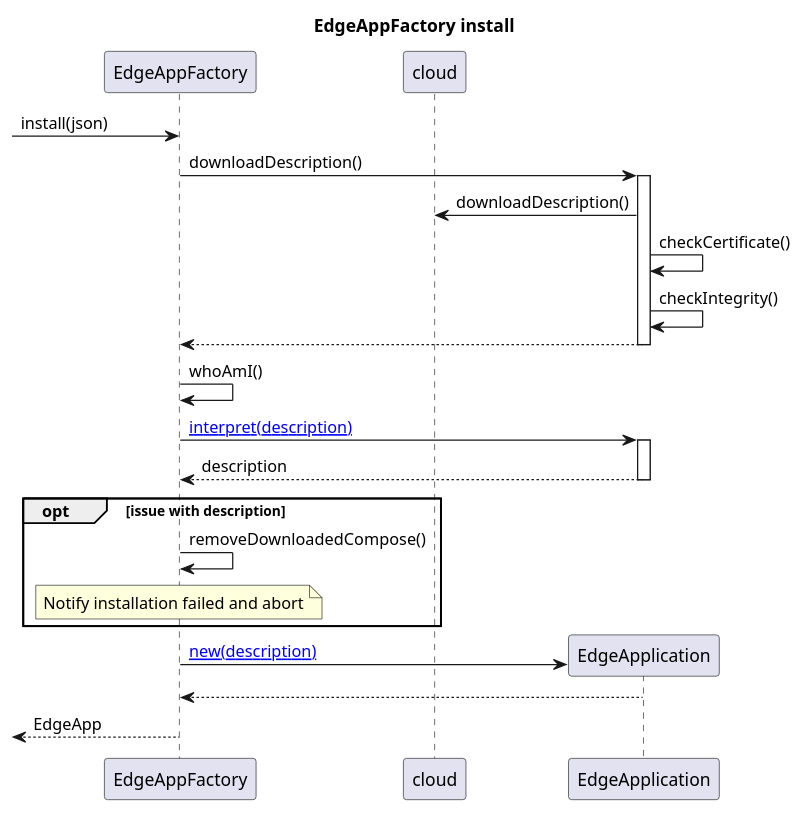
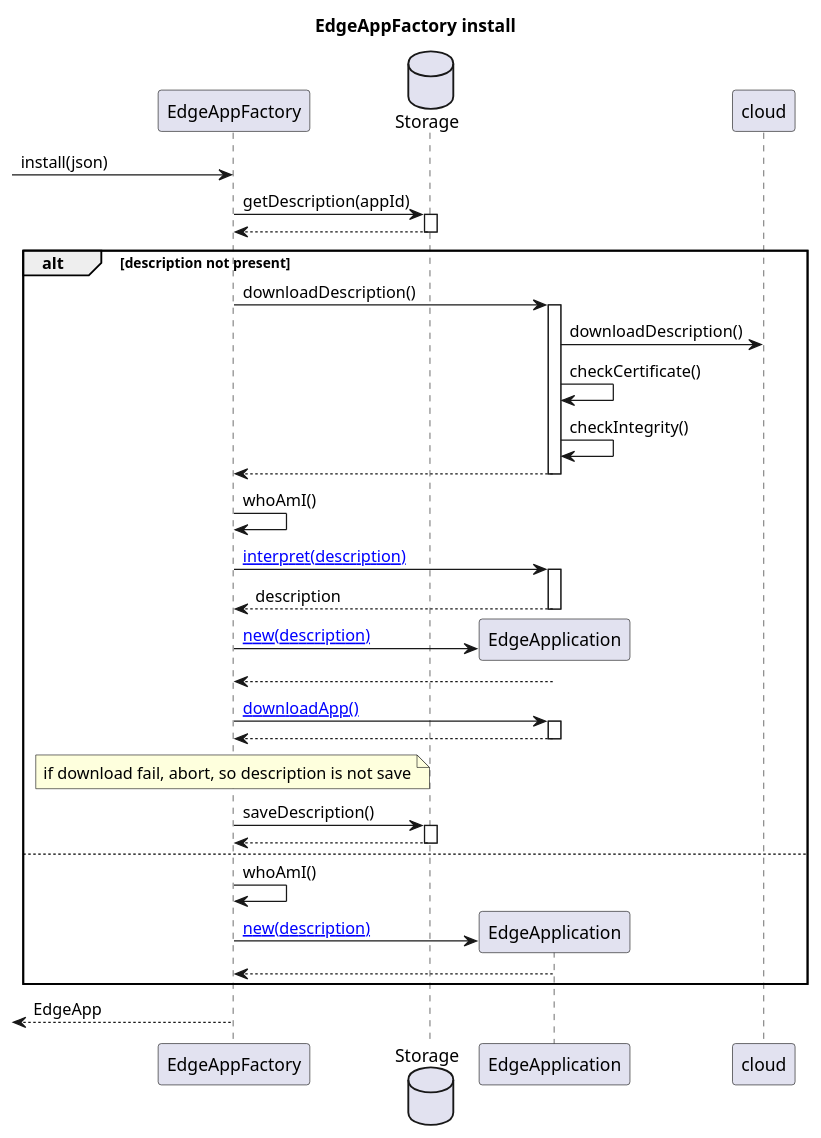
Before and after one commit to se-edge/framework-diagrams: the diagram in ApplicationManager/EdgeAppFactory.install.puml, drawn with PlantUML. The commit also changed 7 other files, not shown here.

Commit message:
update boot sequence diagram

```diff
--- a/ApplicationManager/EdgeAppFactory.install.puml
+++ b/ApplicationManager/EdgeAppFactory.install.puml
@@ -1,33 +1,49 @@
 @startuml
 title "EdgeAppFactory install"
 
 participant EdgeAppFactory as EAF
+database Storage as Stor
+participant EdgeApplication as EApp
 participant cloud
-participant EdgeApplication as EApp
 
 [->EAF: install(json)
 
-EAF->EApp ++: downloadDescription()
+EAF->Stor ++: getDescription(appId)
+Stor-->EAF --:
 
-EApp->cloud: downloadDescription()
-EApp->EApp: checkCertificate()
-EApp->EApp: checkIntegrity()
+alt description not present
 
-EApp-->EAF --:
+    EAF->EApp ++: downloadDescription()
 
-EAF->EAF: whoAmI()
-EAF->EApp ++: [[http://www.plantuml.com/plantuml/proxy?cache=no&src=https://raw.githubusercontent.com/se-edge/diagrams/develop/ApplicationManager/ComposeApplication.interpret.puml&fmt=svg interpret(description)]]
+    EApp->cloud: downloadDescription()
+    EApp->EApp: checkCertificate()
+    EApp->EApp: checkIntegrity()
 
-EApp-->EAF --: description
+    EApp-->EAF --:
 
-opt issue with description
-    EAF->EAF: removeDownloadedCompose()
-    note over EAF: Notify installation failed and abort
+    EAF->EAF: whoAmI()
+    EAF->EApp ++: [[http://www.plantuml.com/plantuml/proxy?cache=no&src=https://raw.githubusercontent.com/se-edge/diagrams/develop/ApplicationManager/ComposeApplication.interpret.puml&fmt=svg interpret(description)]]
+
+    EApp-->EAF --: description
+
+    EAF->EApp **: [[http://www.plantuml.com/plantuml/proxy?cache=no&src=https://raw.githubusercontent.com/se-edge/diagrams/develop/ApplicationManager/ComposeApplication.new.puml&fmt=svg new(description)]]
+    EApp-->EAF --:
+
+    EAF->EApp ++: [[http://www.plantuml.com/plantuml/proxy?cache=no&src=https://raw.githubusercontent.com/se-edge/diagrams/develop/ApplicationManager/ComposeApplication.downloadApp.puml&fmt=svg downloadApp()]]
+    EApp-->EAF --:
+
+    note over EAF: if download fail, abort, so description is not save
+
+    EAF->Stor ++: saveDescription()
+    Stor-->EAF --:
+else
+    EAF->EAF: whoAmI()
+
+    EAF->EApp **: [[http://www.plantuml.com/plantuml/proxy?cache=no&src=https://raw.githubusercontent.com/se-edge/diagrams/develop/ApplicationManager/ComposeApplication.new.puml&fmt=svg new(description)]]
+    EApp-->EAF --:
 end
 
-EAF->EApp **: [[http://www.plantuml.com/plantuml/proxy?cache=no&src=https://raw.githubusercontent.com/se-edge/diagrams/develop/ApplicationManager/ComposeApplication.new.puml&fmt=svg new(description)]]
-EApp-->EAF --:
 
 EAF-->[: EdgeApp
 
 @enduml
```
